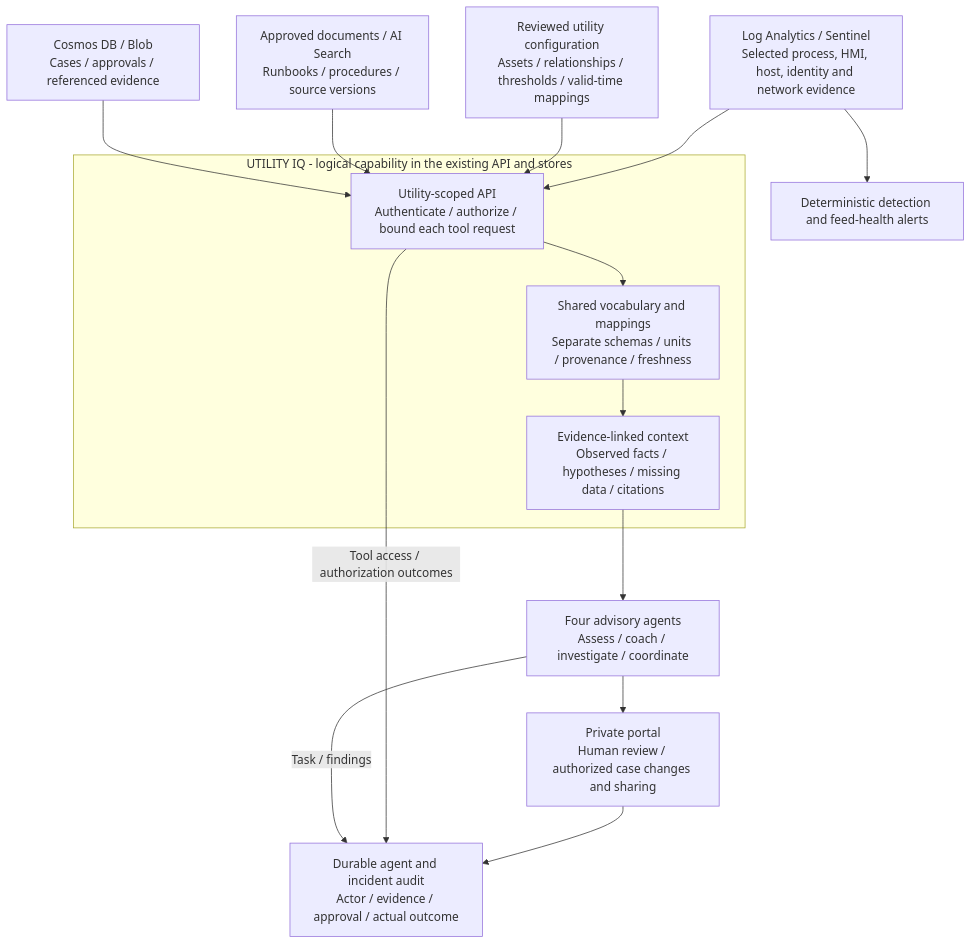
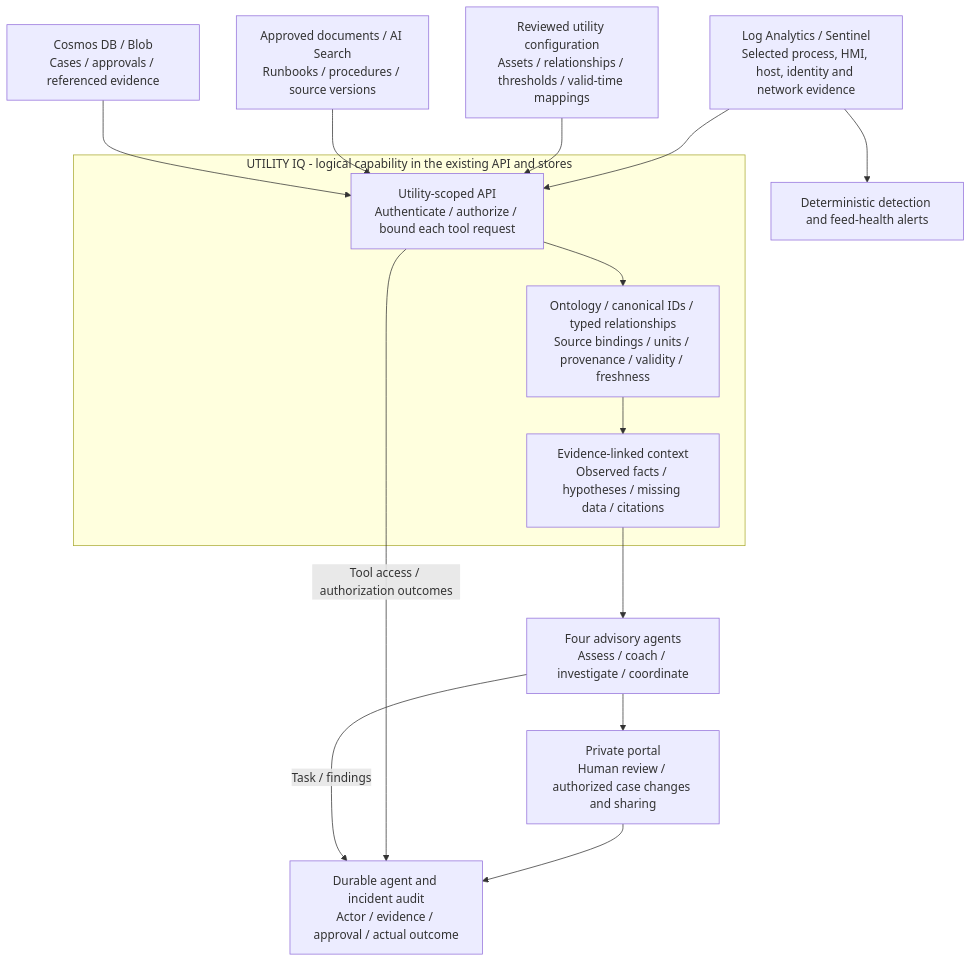
The third of 4 diagrams in docs/target-architecture.md (srvenkatms/WaterSupplyInisghtIQ), drawn with Mermaid before and after one commit. The commit also changed other lines of this file and 1 other file, not shown here.

First line of the commit message:
Document Utility IQ ontology and Perception blue architecture

````diff
--- a/docs/target-architecture.md
+++ b/docs/target-architecture.md
@@ -719,24 +871,24 @@
 ```mermaid
 flowchart TB
   Logs["Log Analytics / Sentinel<br/>Selected process, HMI, host, identity and network evidence"]
   Context["Reviewed utility configuration<br/>Assets / relationships / thresholds / valid-time mappings"]
   Knowledge["Approved documents / AI Search<br/>Runbooks / procedures / source versions"]
   Cases["Cosmos DB / Blob<br/>Cases / approvals / referenced evidence"]
   subgraph IQ["UTILITY IQ - logical capability in the existing API and stores"]
     Gate["Utility-scoped API<br/>Authenticate / authorize / bound each tool request"]
-    Meaning["Shared vocabulary and mappings<br/>Separate schemas / units / provenance / freshness"]
+    Meaning["Ontology / canonical IDs / typed relationships<br/>Source bindings / units / provenance / validity / freshness"]
     Bundle["Evidence-linked context<br/>Observed facts / hypotheses / missing data / citations"]
     Gate --> Meaning
     Meaning --> Bundle
   end
   Logs --> Gate
   Context --> Gate
   Knowledge --> Gate
   Cases --> Gate
   Bundle --> Agents["Four advisory agents<br/>Assess / coach / investigate / coordinate"]
   Agents --> Portal["Private portal<br/>Human review / authorized case changes and sharing"]
   Portal --> Audit["Durable agent and incident audit<br/>Actor / evidence / approval / actual outcome"]
   Gate -->|"Tool access / authorization outcomes"| Audit
   Agents -->|"Task / findings"| Audit
   Logs --> Rules["Deterministic detection and feed-health alerts"]
 ```
````
